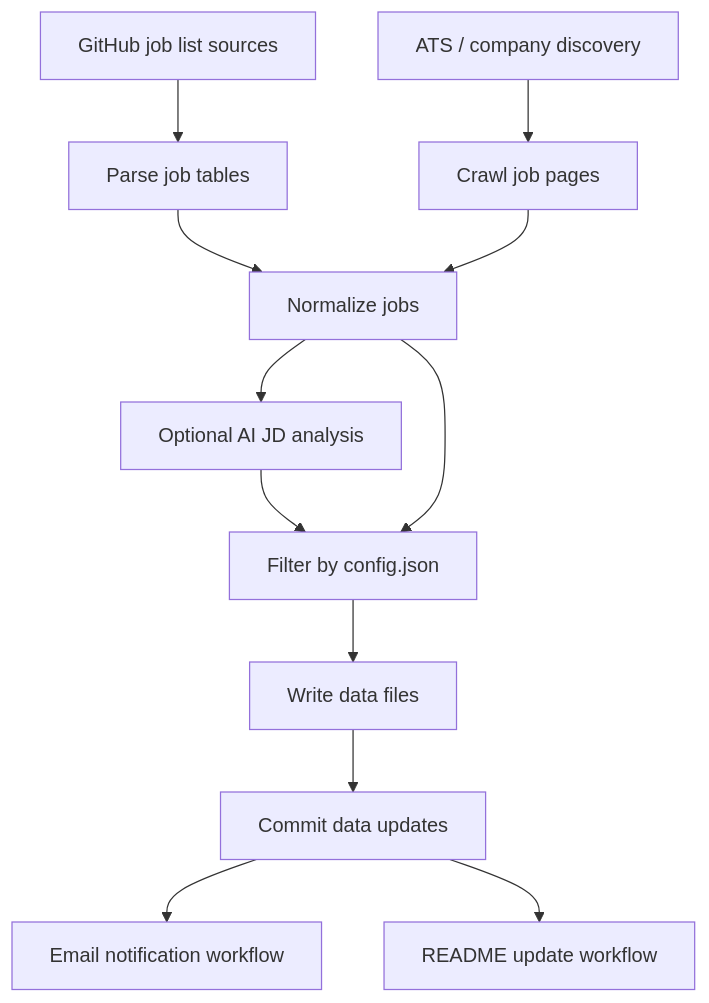
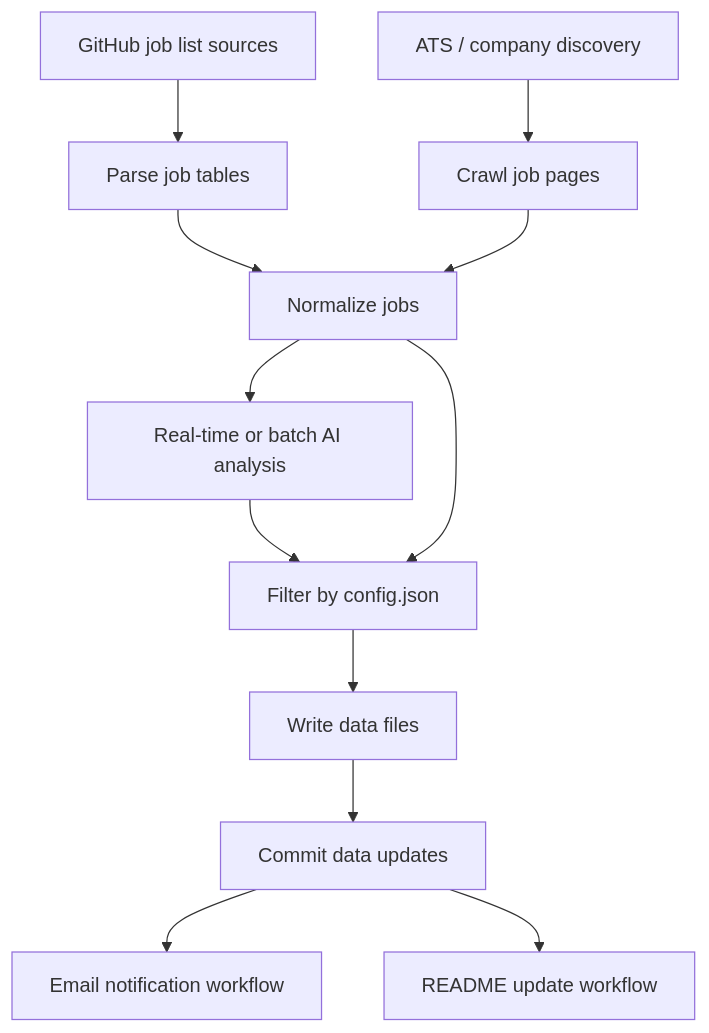
The diagram in installation.md (Donkey0322/JobRadar-AI), drawn with Mermaid before and after one commit. The commit also changed other lines of this file and 26 other files, not shown here.

First line of the commit message:
feat(batch): implement batch analysis pipeline and update job processing logic

````diff
--- a/installation.md
+++ b/installation.md
@@ -13,14 +13,14 @@
 ```mermaid
 flowchart TD
   A[GitHub job list sources] --> B[Parse job tables]
   C[ATS / company discovery] --> D[Crawl job pages]
   B --> E[Normalize jobs]
   D --> E
-  E --> F[Optional AI JD analysis]
+  E --> F[Real-time or batch AI analysis]
   F --> G[Filter by config.json]
   E --> G
   G --> H[Write data files]
   H --> I[Commit data updates]
   I --> J[Email notification workflow]
   I --> K[README update workflow]
 ```
````
